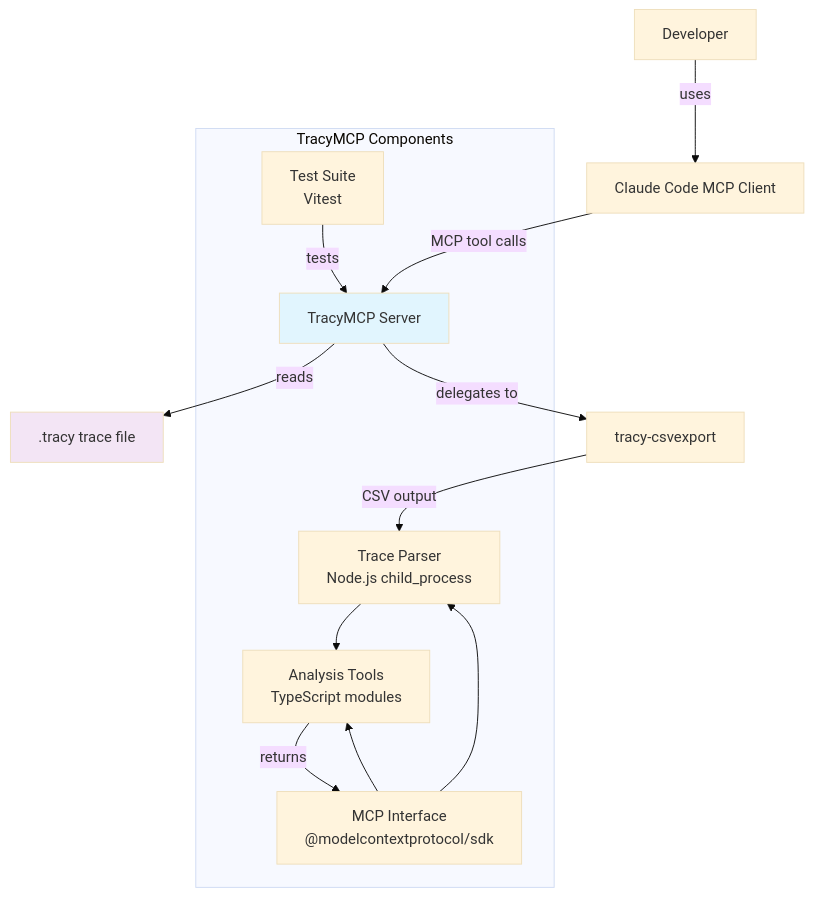
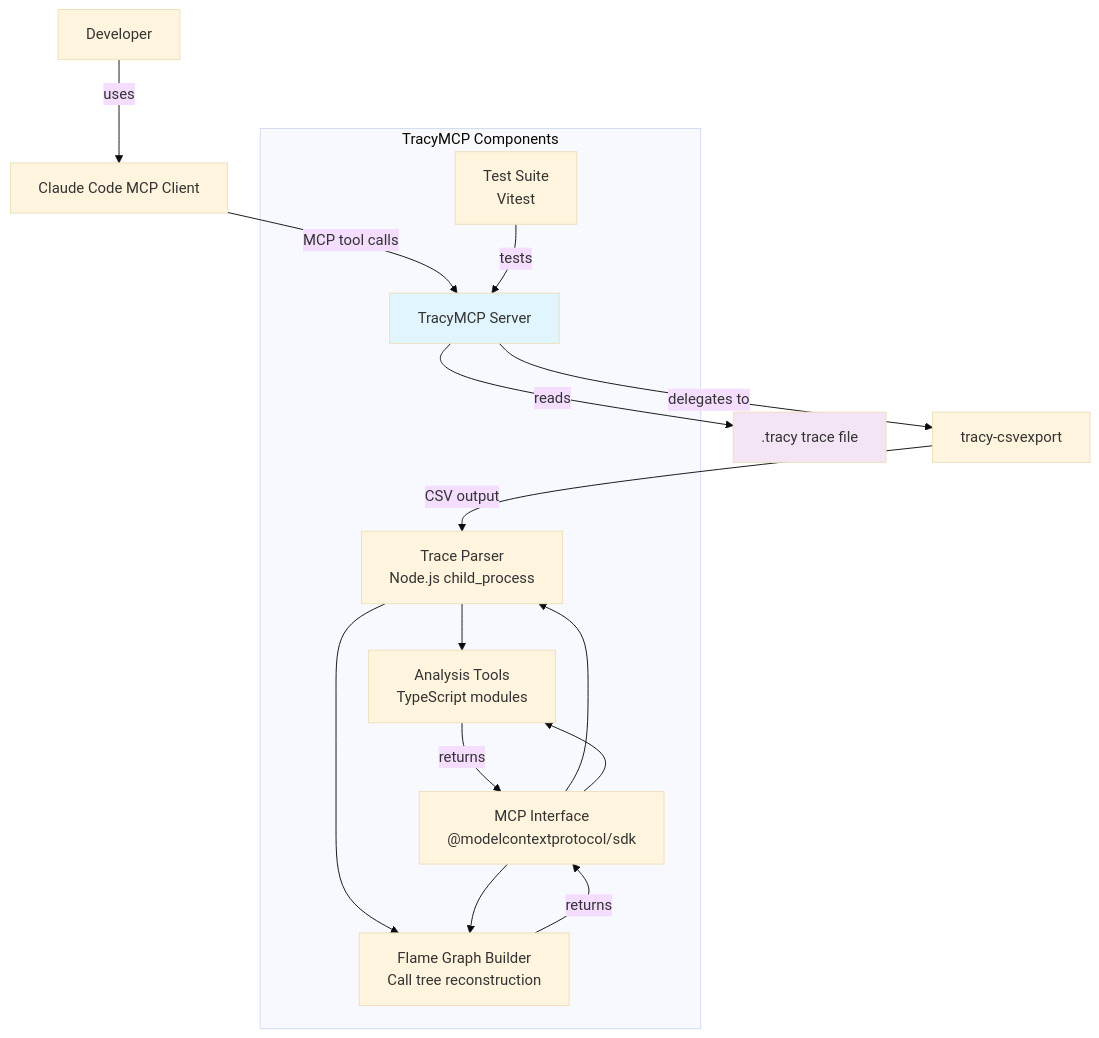
One commit to bivex/tracymcp changed the diagram in README.md. Above: the diagram before and after it, drawn with Mermaid (base theme). The commit also changed other lines of this file, not shown here.

````diff
--- a/README.md
+++ b/README.md
@@ -390,26 +578,30 @@
 ```mermaid
 graph TD
     Developer -->|uses| MCP_Client[Claude Code MCP Client]
     MCP_Client -->|MCP tool calls| TracyMCP[TracyMCP Server]
     
     TracyMCP -->|reads| TraceFile[.tracy trace file]
     TracyMCP -->|delegates to| Csvexport[tracy-csvexport]
     
     subgraph TracyMCP Components
         MCP_Interface[MCP Interface<br/>@modelcontextprotocol/sdk]
         TraceParser[Trace Parser<br/>Node.js child_process]
         Analysis[Analysis Tools<br/>TypeScript modules]
+        FlameGraph[Flame Graph Builder<br/>Call tree reconstruction]
         Tests[Test Suite<br/>Vitest]
-        
+
         MCP_Interface --> TraceParser
         TraceParser --> Analysis
+        TraceParser --> FlameGraph
         MCP_Interface --> Analysis
+        MCP_Interface --> FlameGraph
         Analysis -->|returns| MCP_Interface
+        FlameGraph -->|returns| MCP_Interface
         Tests -->|tests| TracyMCP
     end
     
     Csvexport -->|CSV output| TraceParser
     
     style TracyMCP fill:#e1f5fe
     style TraceFile fill:#f3e5f5
 ```
````
